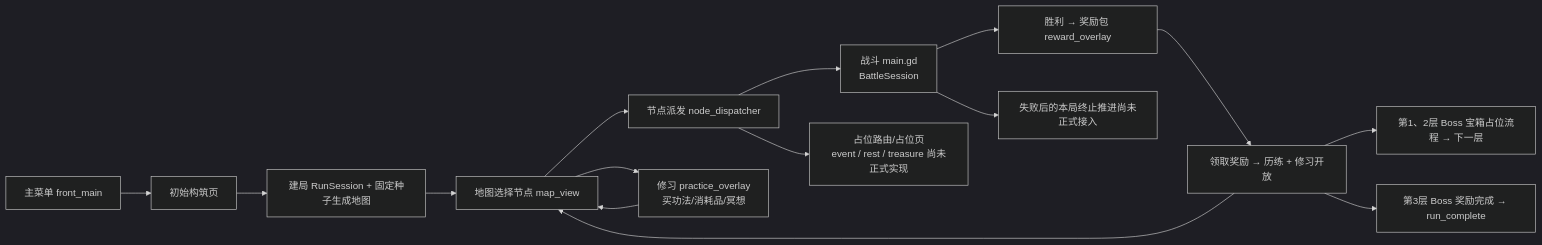
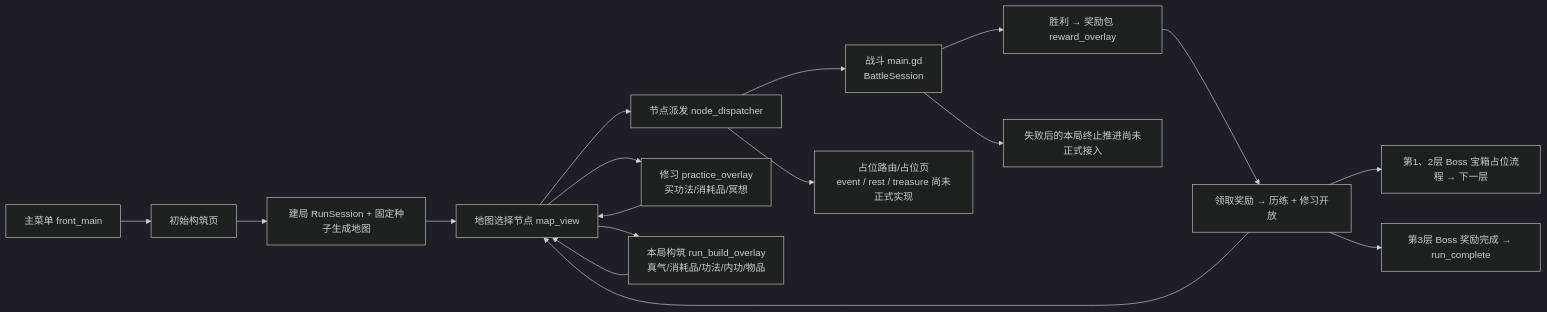
The tenth of 11 diagrams in combo_duel_vslice/docs/architecture-diagrams.md (duguyumei/games), drawn with Mermaid (dark theme) before and after one commit. The commit also changed other lines of this file and 32 other files, not shown here.

````diff
--- a/combo_duel_vslice/docs/architecture-diagrams.md
+++ b/combo_duel_vslice/docs/architecture-diagrams.md
@@ -350,17 +367,19 @@
 ```mermaid
 flowchart LR
     A[主菜单 front_main] --> B[初始构筑页]
     B --> C[建局 RunSession + 固定种子生成地图]
     C --> D[地图选择节点 map_view]
     D --> E[节点派发 node_dispatcher]
     E --> F[战斗 main.gd<br>BattleSession]
     E --> G[占位路由/占位页<br>event / rest / treasure 尚未正式实现]
     F --> H[胜利 → 奖励包 reward_overlay]
     F --> I[失败后的本局终止推进尚未正式接入]
     H --> J[领取奖励 → 历练 + 修习开放]
     J --> D
     J --> K[第1、2层 Boss 宝箱占位流程 → 下一层]
     J --> M[第3层 Boss 奖励完成 → run_complete]
     D --> L[修习 practice_overlay<br>买功法/消耗品/冥想]
     L --> D
+    D --> N[本局构筑 run_build_overlay<br>真气/消耗品/功法/内功/物品]
+    N --> D
 ```
````
